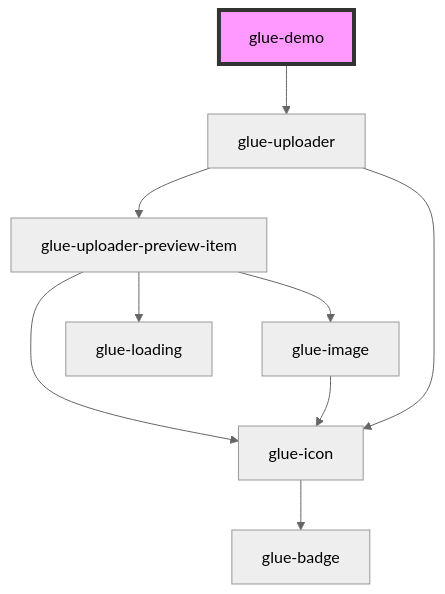
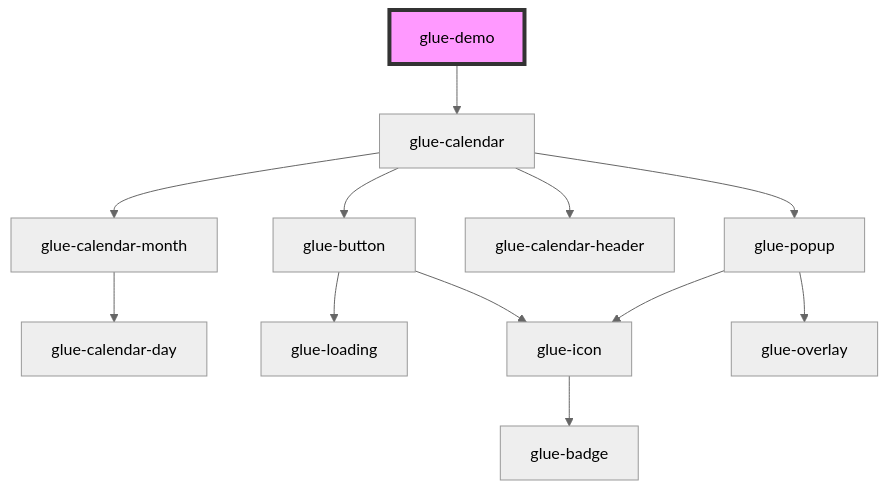
One commit to grasilife/glue changed the diagram in packages/glue-components/src/components/glue-demo/readme.md. Above: the diagram before and after it, drawn with Mermaid (neutral theme). The commit also changed other lines of this file and 10 other files, not shown here.

````diff
--- a/packages/glue-components/src/components/glue-demo/readme.md
+++ b/packages/glue-components/src/components/glue-demo/readme.md
@@ -15,12 +15,15 @@
 ```mermaid
 graph TD;
-  glue-demo --> glue-uploader
-  glue-uploader --> glue-uploader-preview-item
-  glue-uploader --> glue-icon
-  glue-uploader-preview-item --> glue-icon
-  glue-uploader-preview-item --> glue-loading
-  glue-uploader-preview-item --> glue-image
+  glue-demo --> glue-calendar
+  glue-calendar --> glue-calendar-month
+  glue-calendar --> glue-button
+  glue-calendar --> glue-calendar-header
+  glue-calendar --> glue-popup
+  glue-calendar-month --> glue-calendar-day
+  glue-button --> glue-loading
+  glue-button --> glue-icon
   glue-icon --> glue-badge
-  glue-image --> glue-icon
+  glue-popup --> glue-icon
+  glue-popup --> glue-overlay
   style glue-demo fill:#f9f,stroke:#333,stroke-width:4px
 ```
````
